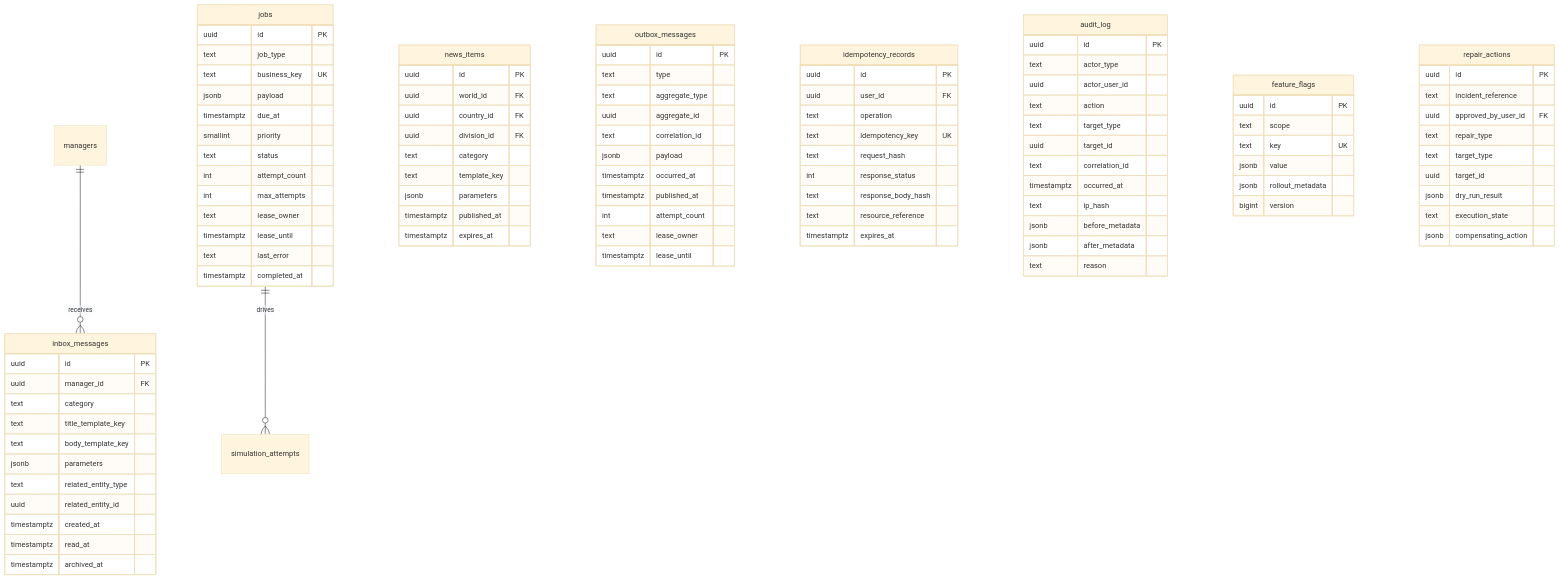
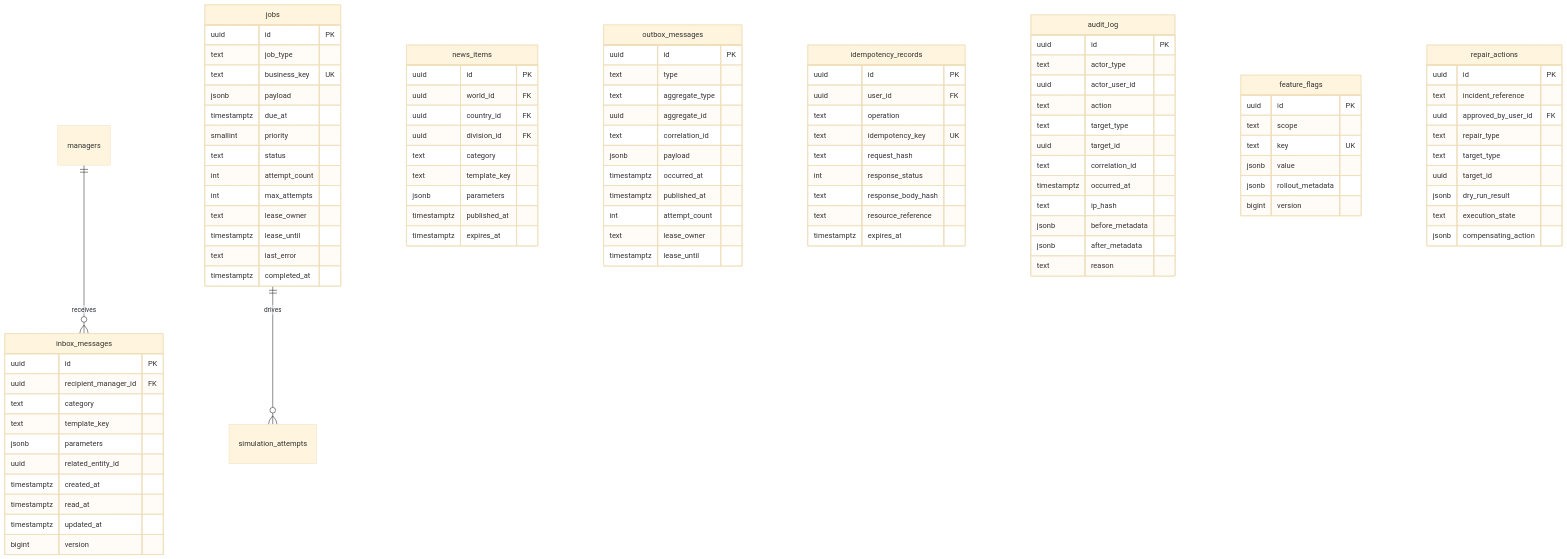
Before and after one commit to EndAroundCarry/touchline-manager-online: the fifth of 5 diagrams in docs/architecture/data-model.md, drawn with Mermaid (base theme). The commit also changed other lines of this file and 50 other files, not shown here.

```diff
--- a/docs/architecture/data-model.md
+++ b/docs/architecture/data-model.md
@@ -623,16 +623,15 @@
 
     inbox_messages {
         uuid id PK
-        uuid manager_id FK
+        uuid recipient_manager_id FK
         text category
-        text title_template_key
-        text body_template_key
+        text template_key
         jsonb parameters
-        text related_entity_type
         uuid related_entity_id
         timestamptz created_at
         timestamptz read_at
-        timestamptz archived_at
+        timestamptz updated_at
+        bigint version
     }
     news_items {
         uuid id PK
```
